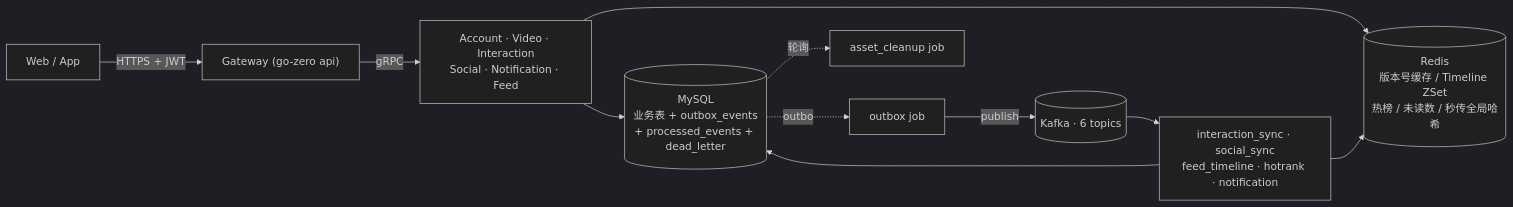
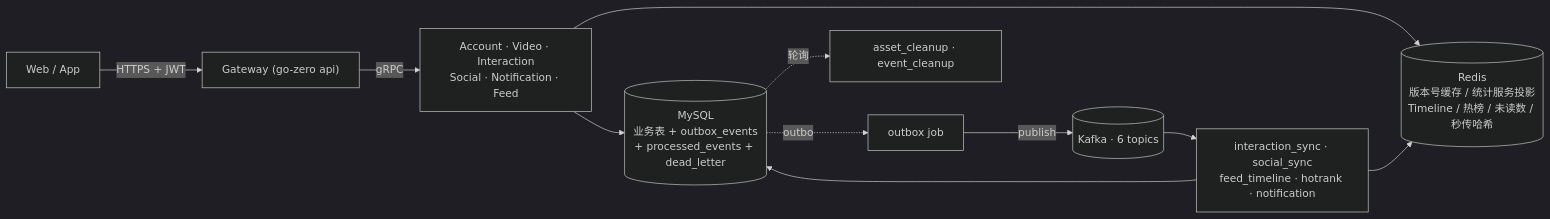
Before and after one commit to Redeemz473/feedsystem-zero: the diagram in README.md, drawn with Mermaid (dark theme). The commit also changed other lines of this file and 38 other files, not shown here.

````diff
--- a/README.md
+++ b/README.md
@@ -32,18 +35,18 @@
 ```mermaid
 flowchart LR
     Client["Web / App"] -->|HTTPS + JWT| Gateway["Gateway (go-zero api)"]
 
     Gateway -->|gRPC| RPCs["Account · Video · Interaction<br/>Social · Notification · Feed"]
 
     RPCs --> MySQL[("MySQL<br/>业务表 + outbox_events<br/>+ processed_events + dead_letter")]
-    RPCs --> Redis[("Redis<br/>版本号缓存 / Timeline ZSet<br/>热榜 / 未读数 / 秒传全局哈希")]
+    RPCs --> Redis[("Redis<br/>版本号缓存 / 统计服务投影<br/>Timeline / 热榜 / 未读数 / 秒传哈希")]
 
     MySQL -.outbox.-> OutboxJob["outbox job"]
     OutboxJob -->|publish| Kafka[("Kafka · 6 topics")]
 
     Kafka --> Jobs["interaction_sync · social_sync<br/>feed_timeline · hotrank · notification"]
-    MySQL -.轮询.-> AssetCleanup["asset_cleanup job"]
+    MySQL -.轮询.-> CleanupJobs["asset_cleanup · event_cleanup"]
 
     Jobs --> Redis
     Jobs --> MySQL
 ```
````
